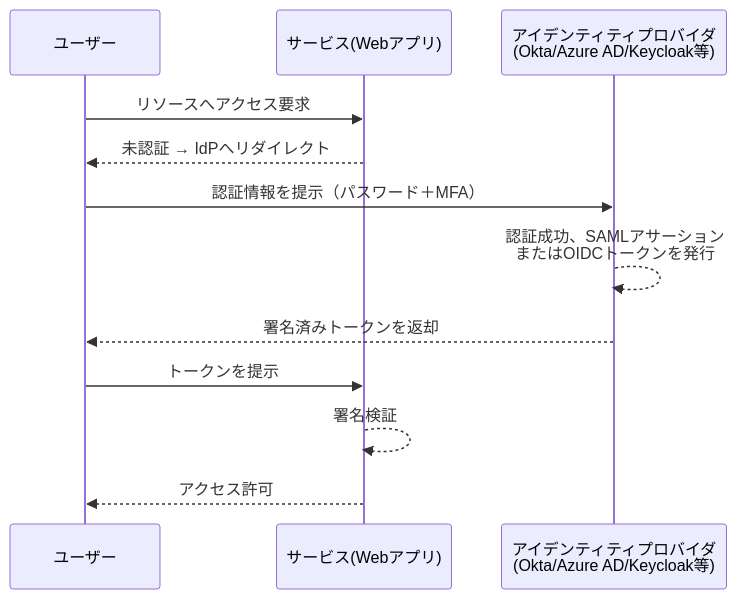
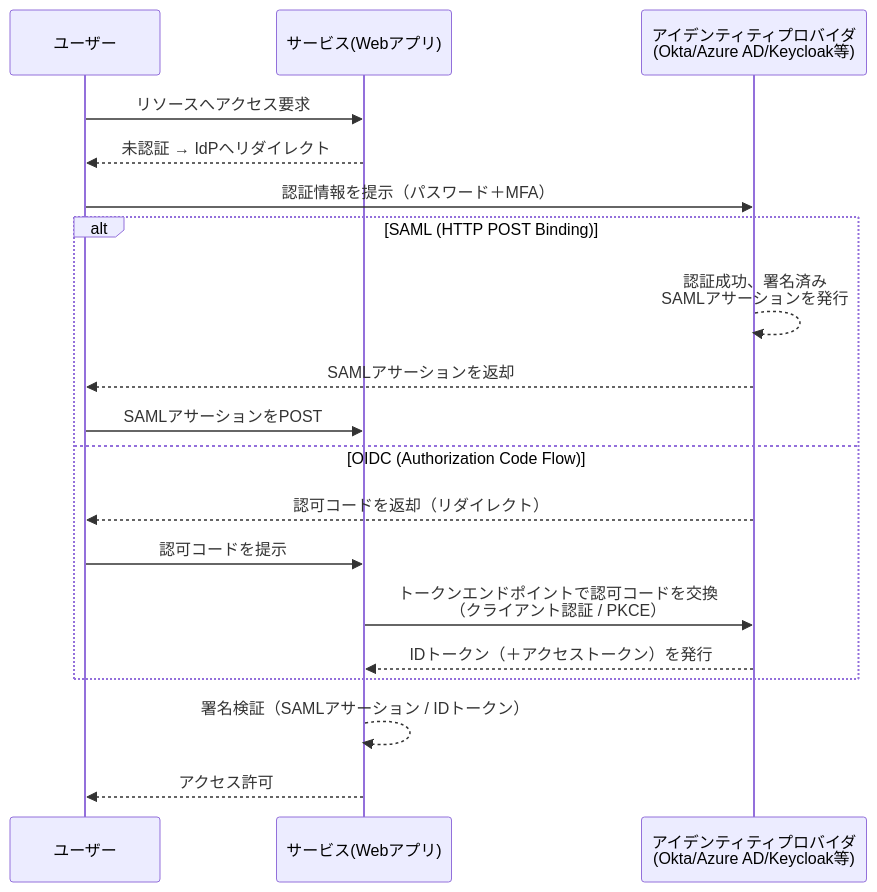
Diagram 16 of 29 in Unix-linux-sysadmin-handbook-guide.md (myoshi2891/Cloud-Infrastructure-Studies), drawn with Mermaid before and after one commit. The commit also changed other lines of this file, not shown here.

Commit message:
docs(sysadmin): refine technical accuracy and diagrams in UNIX/Linux Sysadmin guide

````diff
--- a/Unix-linux-sysadmin-handbook-guide.md
+++ b/Unix-linux-sysadmin-handbook-guide.md
@@ -852,15 +864,22 @@
 ```mermaid
 sequenceDiagram
     participant U as ユーザー
     participant SP as サービス(Webアプリ)
     participant IdP as アイデンティティプロバイダ<br/>(Okta/Azure AD/Keycloak等)
 
     U->>SP: リソースへアクセス要求
     SP-->>U: 未認証 → IdPへリダイレクト
     U->>IdP: 認証情報を提示（パスワード＋MFA）
-    IdP-->>IdP: 認証成功、SAMLアサーション<br/>またはOIDCトークンを発行
-    IdP-->>U: 署名済みトークンを返却
-    U->>SP: トークンを提示
-    SP-->>SP: 署名検証
+    alt SAML (HTTP POST Binding)
+        IdP-->>IdP: 認証成功、署名済み<br/>SAMLアサーションを発行
+        IdP-->>U: SAMLアサーションを返却
+        U->>SP: SAMLアサーションをPOST
+    else OIDC (Authorization Code Flow)
+        IdP-->>U: 認可コードを返却（リダイレクト）
+        U->>SP: 認可コードを提示
+        SP->>IdP: トークンエンドポイントで認可コードを交換<br/>（クライアント認証 / PKCE）
+        IdP-->>SP: IDトークン（＋アクセストークン）を発行
+    end
+    SP-->>SP: 署名検証（SAMLアサーション / IDトークン）
     SP-->>U: アクセス許可
 ```
````
